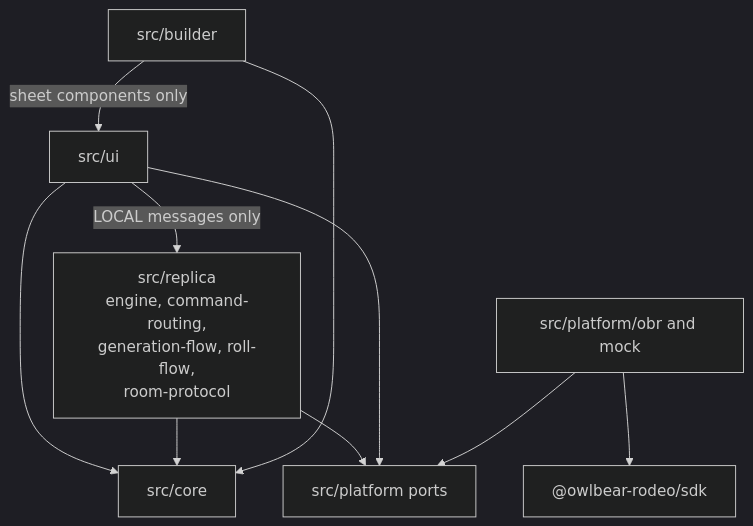
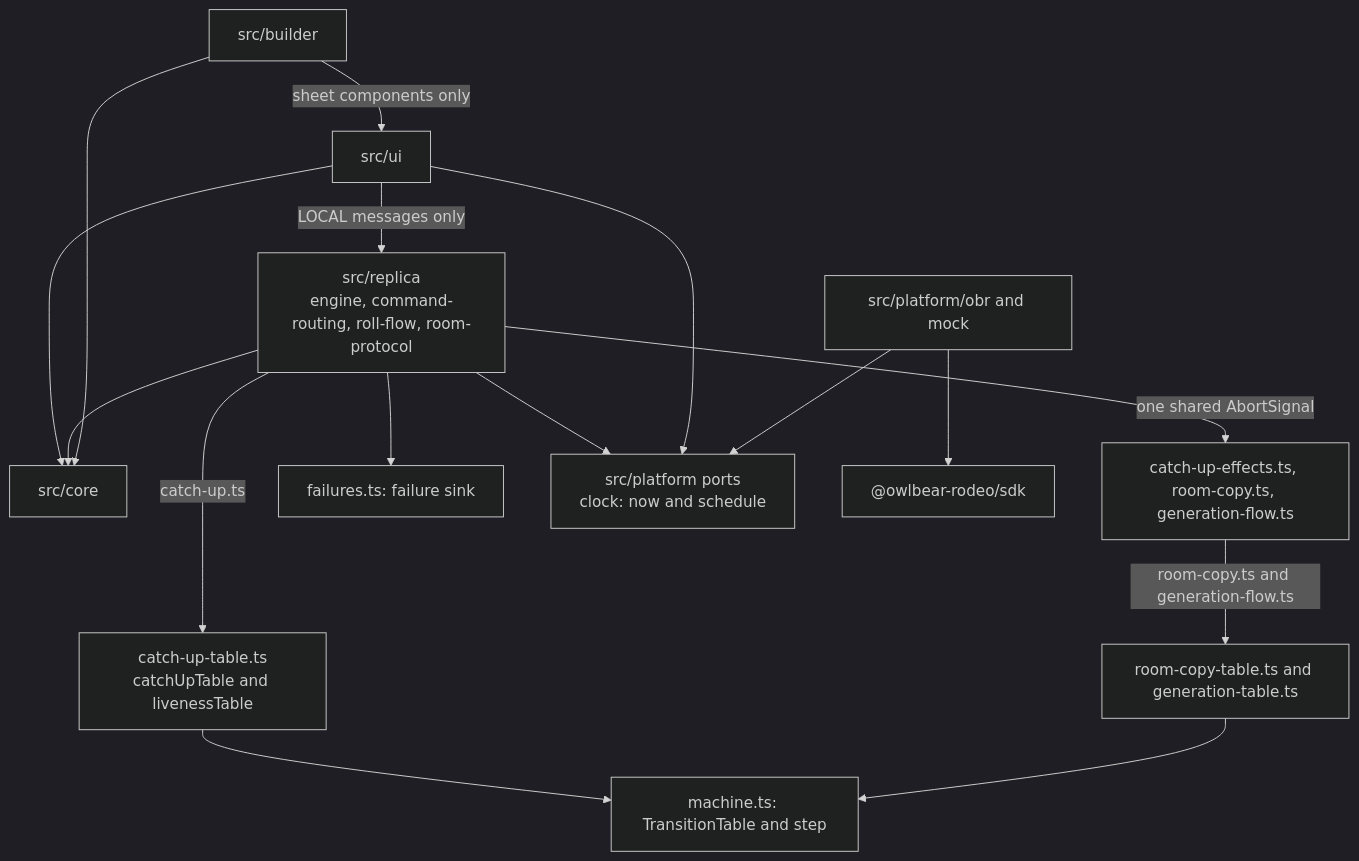
The first of 3 diagrams in _bmad-output/planning-artifacts/architecture/architecture-owlbear-muster-roll-2026-11-10/ARCHITECTURE-SPINE.md (Seigiard/owlbear-muster-roll), drawn with Mermaid (dark theme) before and after one commit. The commit also changed other lines of this file and 3 other files, not shown here.

Commit message:
docs: align the replica architecture with the implementation

````diff
--- a/_bmad-output/planning-artifacts/architecture/architecture-owlbear-muster-roll-2026-11-10/ARCHITECTURE-SPINE.md
+++ b/_bmad-output/planning-artifacts/architecture/architecture-owlbear-muster-roll-2026-11-10/ARCHITECTURE-SPINE.md
@@ -38,12 +38,18 @@
 ```mermaid
 graph TD
-  UI[src/ui] -->|LOCAL messages only| Replica[src/replica<br/>engine, command-routing,<br/>generation-flow, roll-flow,<br/>room-protocol]
+  UI[src/ui] -->|LOCAL messages only| Replica["src/replica<br/>engine, command-routing, roll-flow, room-protocol"]
   UI --> Core[src/core]
   Replica --> Core
-  Replica --> Ports[src/platform ports]
+  Replica -->|one shared AbortSignal| Shells["catch-up-effects.ts, room-copy.ts, generation-flow.ts"]
+  Replica -->|catch-up.ts| CatchUp["catch-up-table.ts<br/>catchUpTable and livenessTable"]
+  Shells -->|room-copy.ts and generation-flow.ts| Tables["room-copy-table.ts and generation-table.ts"]
+  CatchUp --> Machine["machine.ts: TransitionTable and step"]
+  Tables --> Machine
+  Replica --> Failures["failures.ts: failure sink"]
+  Replica --> Ports["src/platform ports<br/>clock: now and schedule"]
   UI --> Ports
   Adapter[src/platform/obr and mock] --> Ports
   Adapter --> SDK["@owlbear-rodeo/sdk"]
   Builder[src/builder] --> Core
   Builder -->|sheet components only| UI
 ```
````
